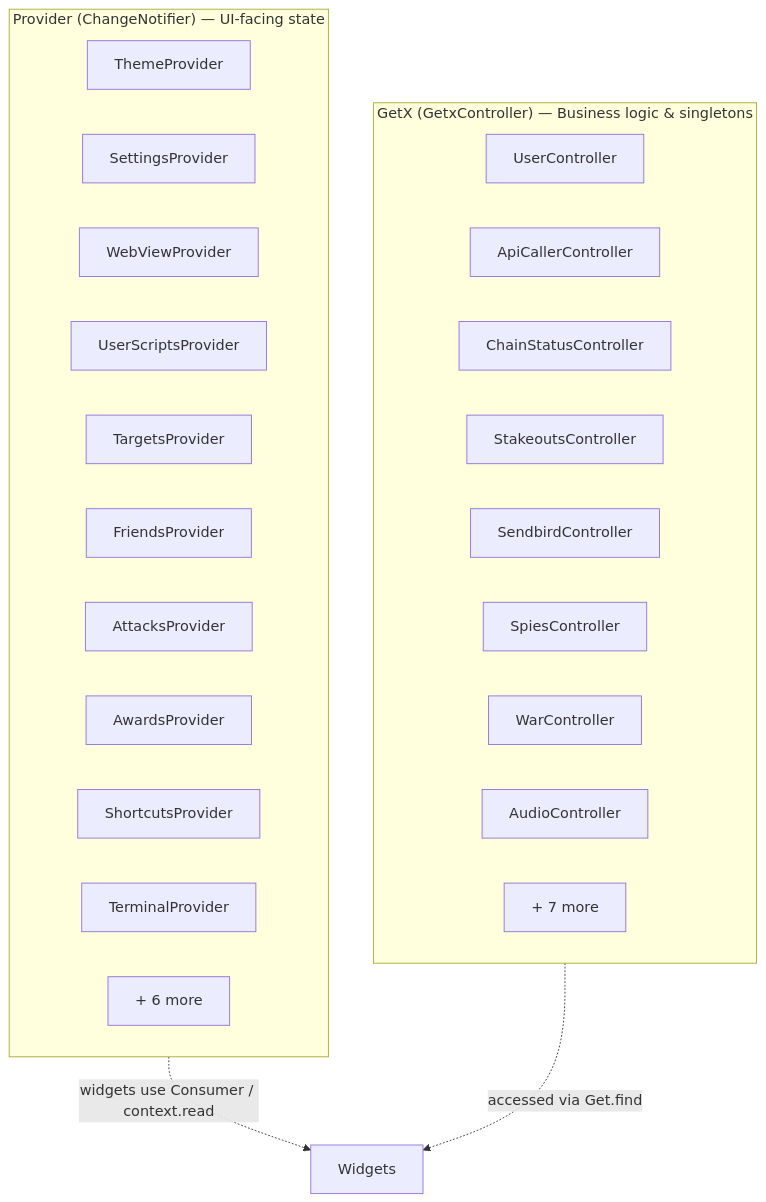
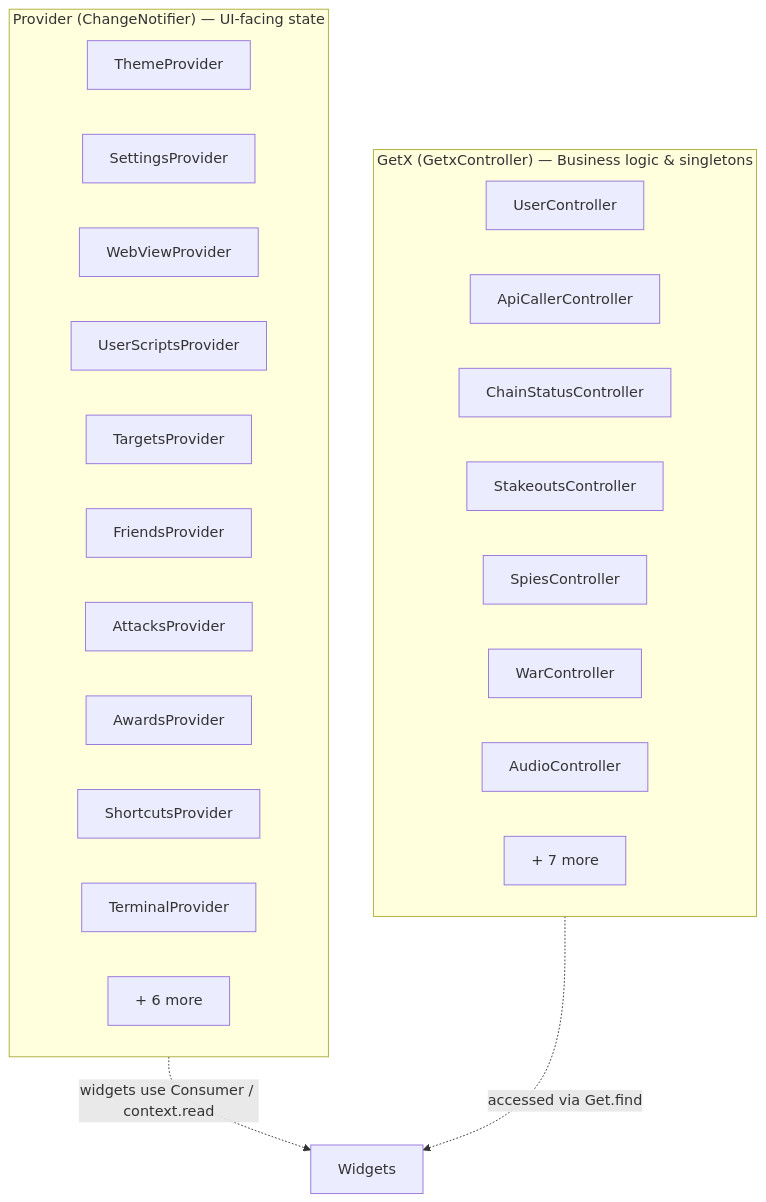
Before and after one commit to Manuito83/torn-pda: the fourth of 9 diagrams in docs/architecture.md, drawn with Mermaid. The commit also changed other lines of this file and 194 other files, not shown here.

````diff
--- a/docs/architecture.md
+++ b/docs/architecture.md
@@ -135,31 +133,30 @@
 ```mermaid
 flowchart TD
     subgraph Provider["Provider (ChangeNotifier) — UI-facing state"]
         P1[ThemeProvider]
         P2[SettingsProvider]
         P3[WebViewProvider]
         P4[UserScriptsProvider]
         P5[TargetsProvider]
         P6[FriendsProvider]
         P7[AttacksProvider]
         P8[AwardsProvider]
         P9[ShortcutsProvider]
         P10[TerminalProvider]
         P11[+ 6 more]
     end
 
     subgraph GetX["GetX (GetxController) — Business logic & singletons"]
         G1[UserController]
         G2[ApiCallerController]
         G3[ChainStatusController]
         G4[StakeoutsController]
-        G5[SendbirdController]
         G6[SpiesController]
         G7[WarController]
         G8[AudioController]
         G9[+ 7 more]
     end
 
     Provider -.->|widgets use Consumer / context.read| UI[Widgets]
     GetX -.->|accessed via Get.find| UI
 ```
````
